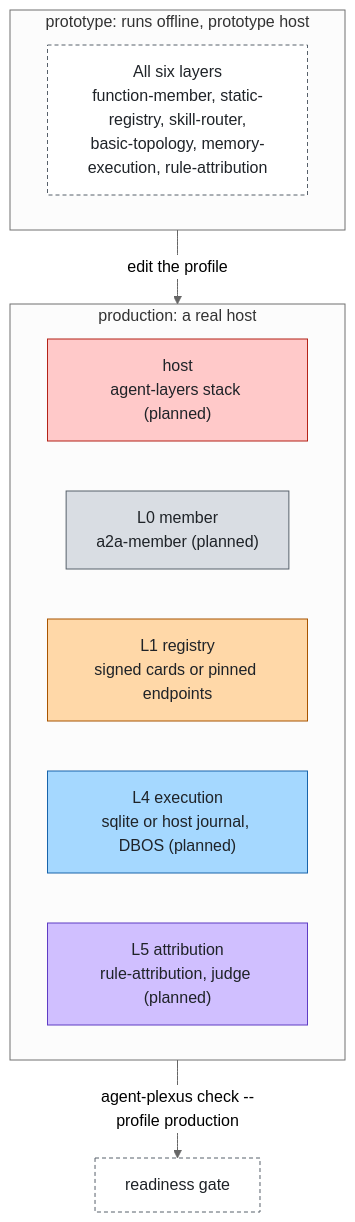
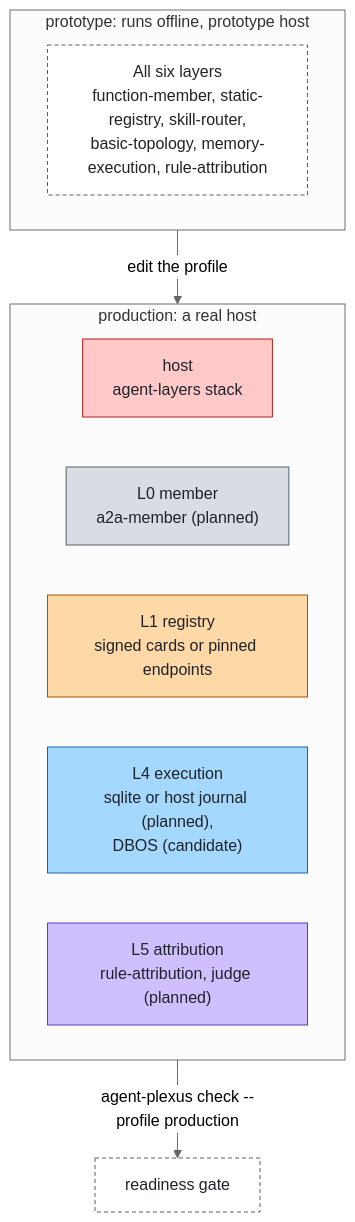
Before and after one commit to aantenore/agent-plexus: the second of 2 diagrams in docs/product.md, drawn with Mermaid (neutral theme). The commit also changed other lines of this file and 15 other files, not shown here.

Commit message:
docs: review fixes, candidates vs planned, new limits, agent-layers adapter and swap example

````diff
--- a/docs/product.md
+++ b/docs/product.md
@@ -60,21 +62,21 @@
 ```mermaid
 flowchart TB
   subgraph proto["prototype: runs offline, prototype host"]
     base["All six layers<br/>function-member, static-registry, skill-router,<br/>basic-topology, memory-execution, rule-attribution"]:::external
   end
   subgraph prod["production: a real host"]
-    xhost["host<br/>agent-layers stack (planned)"]:::control
+    xhost["host<br/>agent-layers stack"]:::control
     xmem["L0 member<br/>a2a-member (planned)"]:::foundation
     xreg["L1 registry<br/>signed cards or pinned endpoints"]:::model
-    xexe["L4 execution<br/>sqlite or host journal, DBOS (planned)"]:::agent
+    xexe["L4 execution<br/>sqlite or host journal (planned),<br/>DBOS (candidate)"]:::agent
     xatt["L5 attribution<br/>rule-attribution, judge (planned)"]:::insight
   end
   proto -->|"edit the profile"| prod
   prod -->|"agent-plexus check --profile production"| gate["readiness gate"]:::external
   classDef foundation fill:#d9dde3,stroke:#57606a,color:#1f2328
   classDef model fill:#ffd8a8,stroke:#a85400,color:#1f2328
   classDef agent fill:#a5d8ff,stroke:#1864ab,color:#1f2328
   classDef control fill:#ffc9c9,stroke:#b42318,color:#1f2328
   classDef insight fill:#d0bfff,stroke:#5f3dc4,color:#1f2328
   classDef external fill:#ffffff,stroke:#57606a,color:#1f2328,stroke-dasharray:4 3
 ```
````
